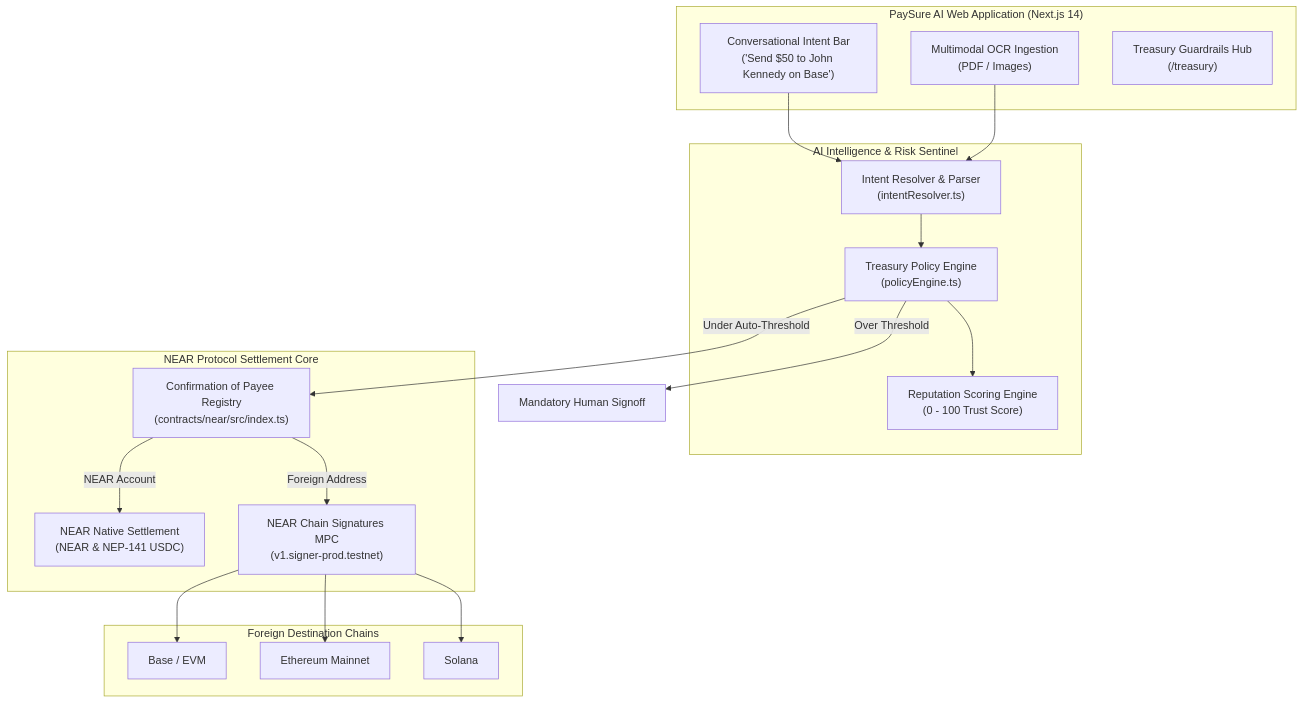
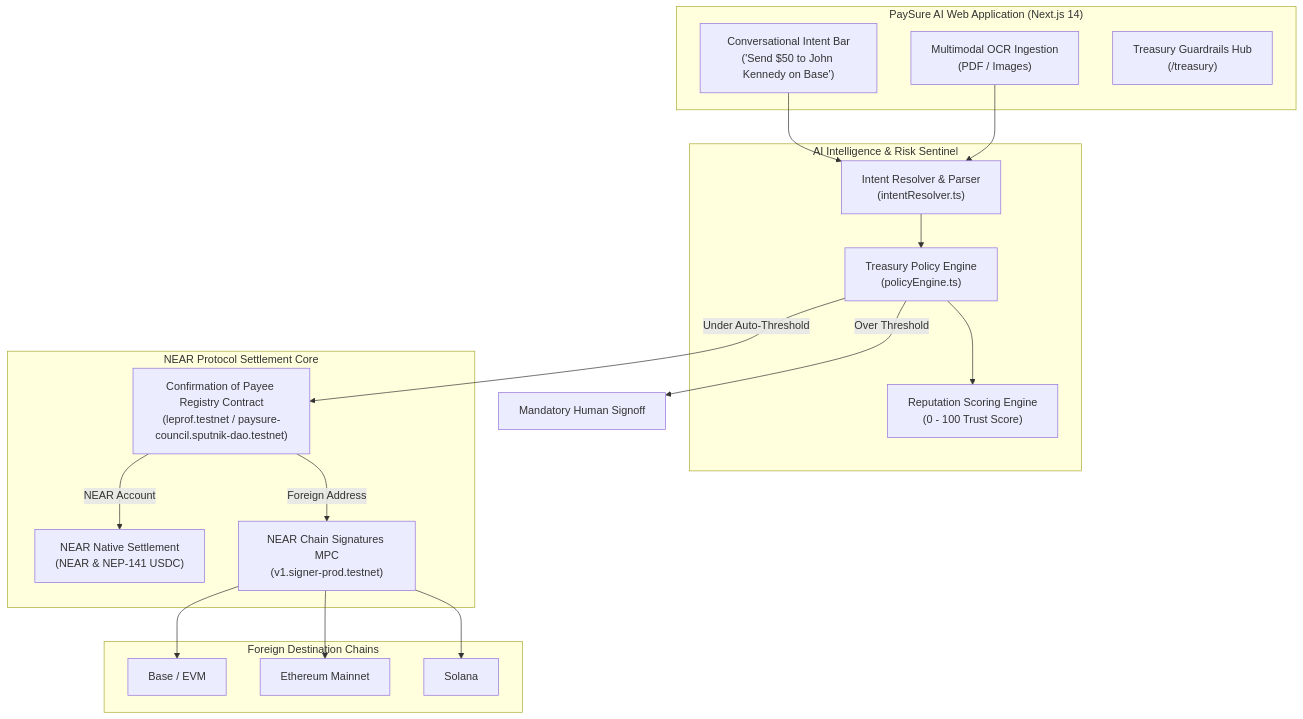
Before and after one commit to InnoOkeke/PaysureAI: the diagram in README.md, drawn with Mermaid. The commit also changed other lines of this file, not shown here.

Commit message:
Update README with registry security, DNS TXT attestation, Meteor Wallet, and deployed contract details

````diff
--- a/README.md
+++ b/README.md
@@ -47,38 +47,38 @@
 ```mermaid
 flowchart TD
     subgraph UI ["PaySure AI Web Application (Next.js 14)"]
         A["Conversational Intent Bar<br/>('Send $50 to John Kennedy on Base')"]
         B["Multimodal OCR Ingestion<br/>(PDF / Images)"]
         C["Treasury Guardrails Hub<br/>(/treasury)"]
     end
 
     subgraph AI ["AI Intelligence & Risk Sentinel"]
         D["Intent Resolver & Parser<br/>(intentResolver.ts)"]
         E["Treasury Policy Engine<br/>(policyEngine.ts)"]
         F["Reputation Scoring Engine<br/>(0 - 100 Trust Score)"]
     end
 
     subgraph NEAR ["NEAR Protocol Settlement Core"]
-        G["Confirmation of Payee Registry<br/>(contracts/near/src/index.ts)"]
+        G["Confirmation of Payee Registry Contract<br/>(leprof.testnet / paysure-council.sputnik-dao.testnet)"]
         H["NEAR Native Settlement<br/>(NEAR & NEP-141 USDC)"]
         I["NEAR Chain Signatures MPC<br/>(v1.signer-prod.testnet)"]
     end
 
     subgraph CrossChain ["Foreign Destination Chains"]
         J["Base / EVM"]
         K["Ethereum Mainnet"]
         L["Solana"]
     end
 
     A --> D
     B --> D
     D --> E
     E --> F
     E -->|Under Auto-Threshold| G
     E -->|Over Threshold| M["Mandatory Human Signoff"]
     G -->|NEAR Account| H
     G -->|Foreign Address| I
     I --> J
     I --> K
     I --> L
 ```
````
